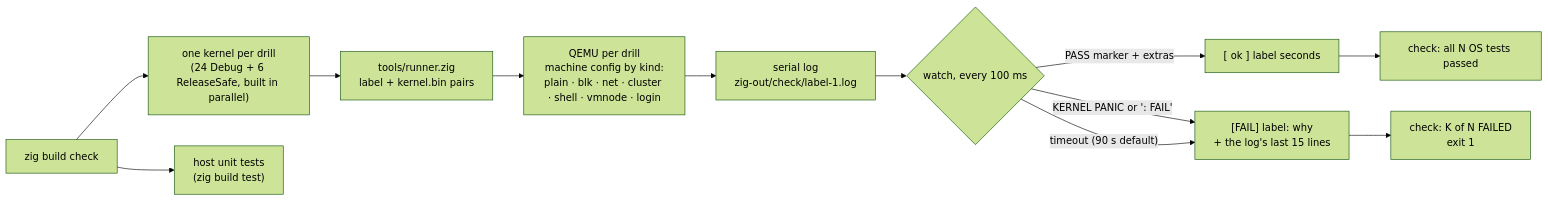
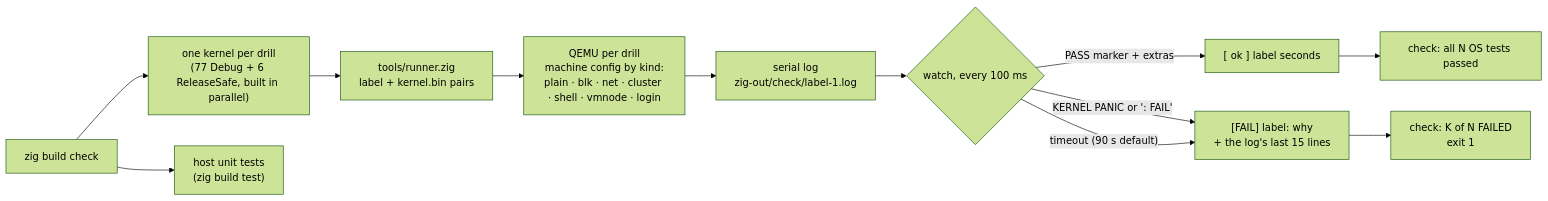
The first of 4 diagrams in docs/testing.md (mylanconnolly/moss), drawn with Mermaid (forest theme) before and after one commit. The commit also changed other lines of this file and 14 other files, not shown here.

````diff
--- a/docs/testing.md
+++ b/docs/testing.md
@@ -39,14 +39,14 @@
 ```mermaid
 flowchart LR
-  B["zig build check"] --> V["one kernel per drill\n(24 Debug + 6 ReleaseSafe, built in parallel)"]
+  B["zig build check"] --> V["one kernel per drill\n(77 Debug + 6 ReleaseSafe, built in parallel)"]
   B --> H["host unit tests\n(zig build test)"]
   V --> R["tools/runner.zig\nlabel + kernel.bin pairs"]
   R --> Q["QEMU per drill\nmachine config by kind:\nplain · blk · net · cluster · shell · vmnode · login"]
   Q --> L["serial log\nzig-out/check/label-1.log"]
   L --> W{"watch, every 100 ms"}
   W -- "PASS marker + extras" --> OK["[ ok ] label  seconds"]
   W -- "KERNEL PANIC or ': FAIL'" --> F["[FAIL] label: why\n+ the log's last 15 lines"]
   W -- "timeout (90 s default)" --> F
   OK --> S["check: all N OS tests passed"]
   F --> S2["check: K of N FAILED\nexit 1"]
 ```
````
